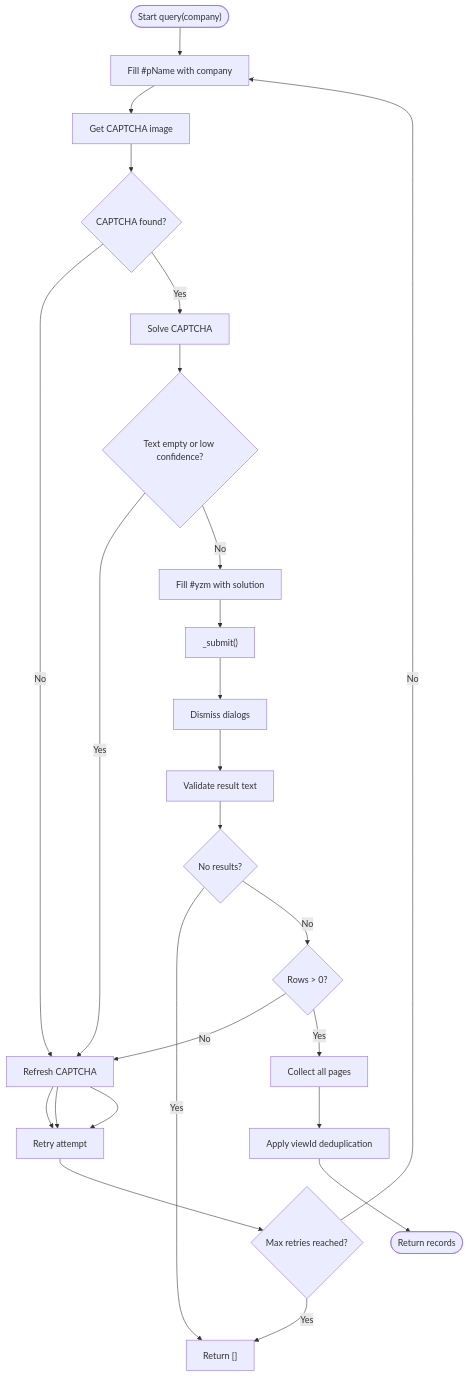
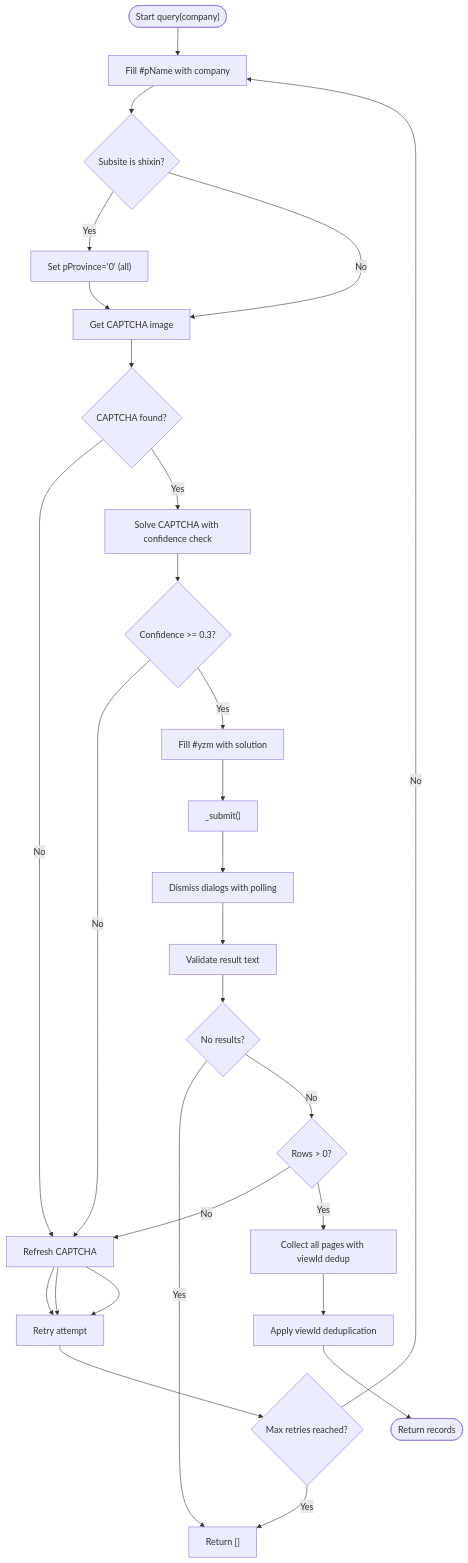
One commit to supotato-ipj/zxgk_auto_query-skill changed the fourth of 10 diagrams in .qoder/repowiki/en/content/Core Architecture/Query Engine.md. Above: the diagram before and after it, drawn with Mermaid. The commit also changed other lines of this file and 24 other files, not shown here.

````diff
--- a/.qoder/repowiki/en/content/Core Architecture/Query Engine.md
+++ b/.qoder/repowiki/en/content/Core Architecture/Query Engine.md
@@ -195,24 +202,27 @@
 ```mermaid
 flowchart TD
 Start(["Start query(company)"]) --> Prefill["Fill #pName with company"]
-Prefill --> GetCap["Get CAPTCHA image"]
+Prefill --> ProvinceCheck{"Subsite is shixin?"}
+ProvinceCheck --> |Yes| SetProvince["Set pProvince='0' (all)"]
+ProvinceCheck --> |No| GetCap["Get CAPTCHA image"]
+SetProvince --> GetCap
 GetCap --> CapFound{"CAPTCHA found?"}
 CapFound --> |No| Refresh["Refresh CAPTCHA"] --> RetryAttempt["Retry attempt"]
-CapFound --> |Yes| Solve["Solve CAPTCHA"]
-Solve --> TextEmpty{"Text empty or low confidence?"}
-TextEmpty --> |Yes| Refresh --> RetryAttempt
-TextEmpty --> |No| FillYZM["Fill #yzm with solution"]
+CapFound --> |Yes| Solve["Solve CAPTCHA with confidence check"]
+Solve --> Confidence{"Confidence >= 0.3?"}
+Confidence --> |No| Refresh --> RetryAttempt
+Confidence --> |Yes| FillYZM["Fill #yzm with solution"]
 FillYZM --> Submit["_submit()"]
-Submit --> Dismiss["Dismiss dialogs"]
+Submit --> Dismiss["Dismiss dialogs with polling"]
 Dismiss --> Validate["Validate result text"]
 Validate --> NoResult{"No results?"}
 NoResult --> |Yes| ReturnEmpty["Return []"]
 NoResult --> |No| RowsCheck{"Rows > 0?"}
 RowsCheck --> |No| Refresh --> RetryAttempt
-RowsCheck --> |Yes| Collect["Collect all pages"]
+RowsCheck --> |Yes| Collect["Collect all pages with viewId dedup"]
 Collect --> Dedup["Apply viewId deduplication"]
 Dedup --> Done(["Return records"])
 RetryAttempt --> MaxRetries{"Max retries reached?"}
 MaxRetries --> |No| Prefill
 MaxRetries --> |Yes| ReturnEmpty
 ```
````
